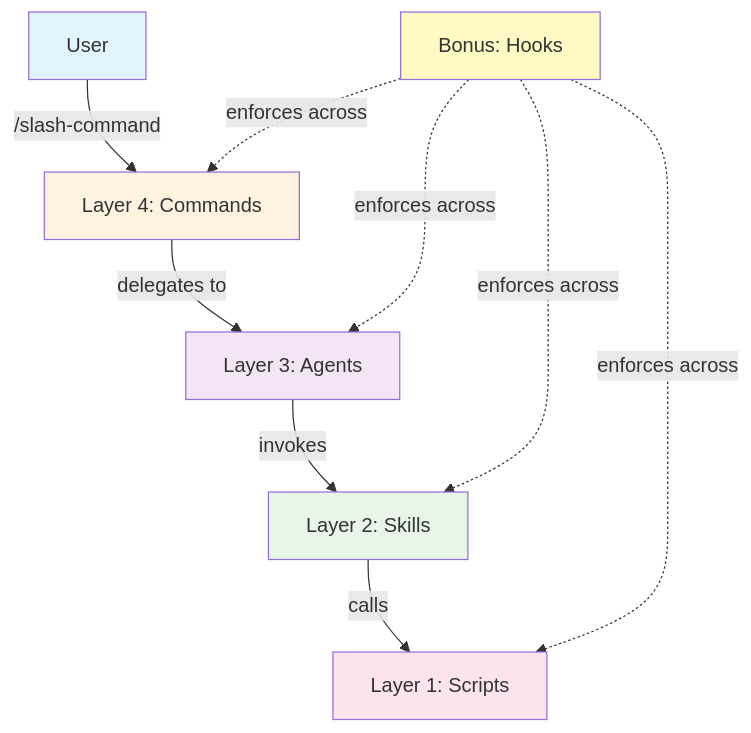
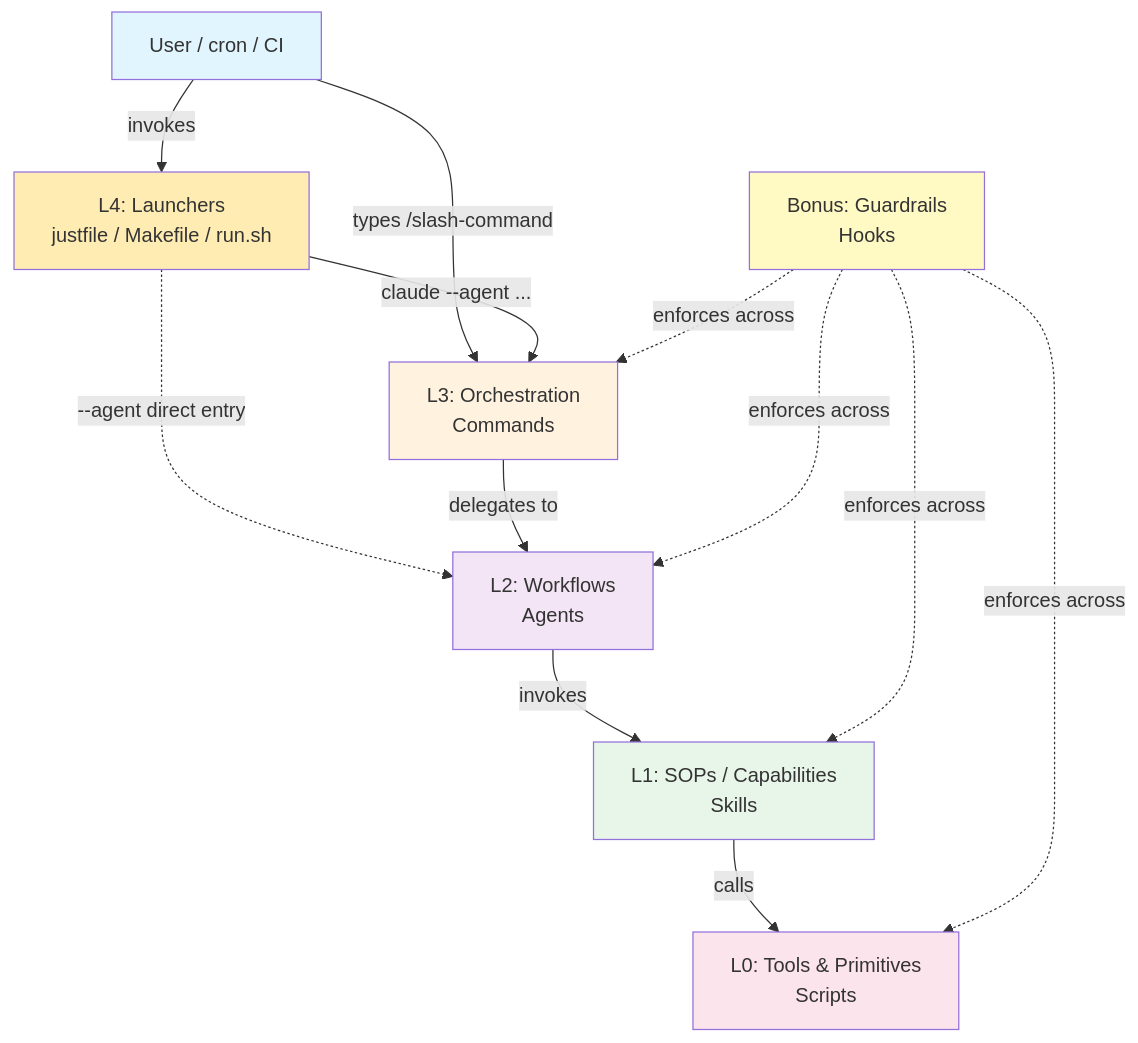
The first of 2 diagrams in docs/architecture.md (CLIAI/agentic-4layer-architecture), drawn with Mermaid before and after one commit. The commit also changed other lines of this file and 8 other files, not shown here.

````diff
--- a/docs/architecture.md
+++ b/docs/architecture.md
@@ -371,18 +499,22 @@
 ```mermaid
 graph TD
-    U[User] -->|"/slash-command"| C[Layer 4: Commands]
-    C -->|"delegates to"| A[Layer 3: Agents]
-    A -->|"invokes"| S[Layer 2: Skills]
-    S -->|"calls"| R[Layer 1: Scripts]
-    H[Bonus: Hooks] -.->|"enforces across"| C
+    U[User / cron / CI] -->|"invokes"| L4[L4: Launchers<br/>justfile / Makefile / run.sh]
+    U -->|"types /slash-command"| C[L3: Orchestration<br/>Commands]
+    L4 -->|"claude --agent ..."| C
+    L4 -.->|"--agent direct entry"| A
+    C -->|"delegates to"| A[L2: Workflows<br/>Agents]
+    A -->|"invokes"| S[L1: SOPs / Capabilities<br/>Skills]
+    S -->|"calls"| R[L0: Tools & Primitives<br/>Scripts]
+    H[Bonus: Guardrails<br/>Hooks] -.->|"enforces across"| C
     H -.->|"enforces across"| A
     H -.->|"enforces across"| S
     H -.->|"enforces across"| R
 
     style U fill:#e1f5fe
+    style L4 fill:#ffecb3
     style C fill:#fff3e0
     style A fill:#f3e5f5
     style S fill:#e8f5e9
     style R fill:#fce4ec
     style H fill:#fff9c4
 ```
````
